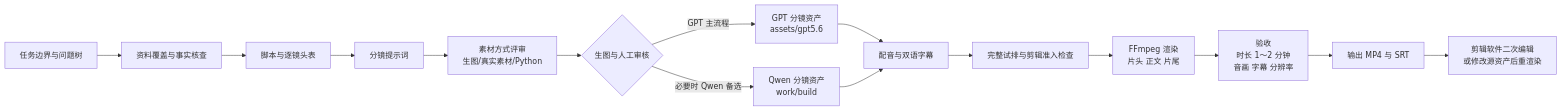
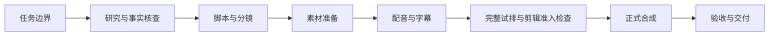
The diagram in README.md (Lin-Drives/Video-Generate-Workflow), drawn with Mermaid before and after one commit. The commit also changed other lines of this file and 3 other files, not shown here.

````diff
--- a/README.md
+++ b/README.md
@@ -15,17 +7,10 @@
 ```mermaid
 flowchart LR
-    A0[任务边界与问题树] --> A1[资料覆盖与事实核查]
-    A1 --> A[脚本与逐镜头表]
-    A --> B[分镜提示词]
-    B --> B0[素材方式评审<br/>生图/真实素材/Python]
-    B0 --> C{生图与人工审核}
-    C -->|GPT 主流程| D[GPT 分镜资产<br/>assets/gpt5.6]
-    C -->|必要时 Qwen 备选| E[Qwen 分镜资产<br/>work/build]
-    D --> F[配音与双语字幕]
-    E --> F
-    F --> F0[完整试排与剪辑准入检查]
-    F0 --> G[FFmpeg 渲染<br/>片头 正文 片尾]
-    G --> H[验收<br/>时长 1～2 分钟<br/>音画 字幕 分辨率]
-    H --> I[输出 MP4 与 SRT]
-    I --> J[剪辑软件二次编辑<br/>或修改源资产后重渲染]
+    A[任务边界] --> B[研究与事实核查]
+    B --> C[脚本与分镜]
+    C --> D[素材准备]
+    D --> E[配音与字幕]
+    E --> F[完整试排与剪辑准入检查]
+    F --> G[正式合成]
+    G --> H[验收与交付]
 ```
````
